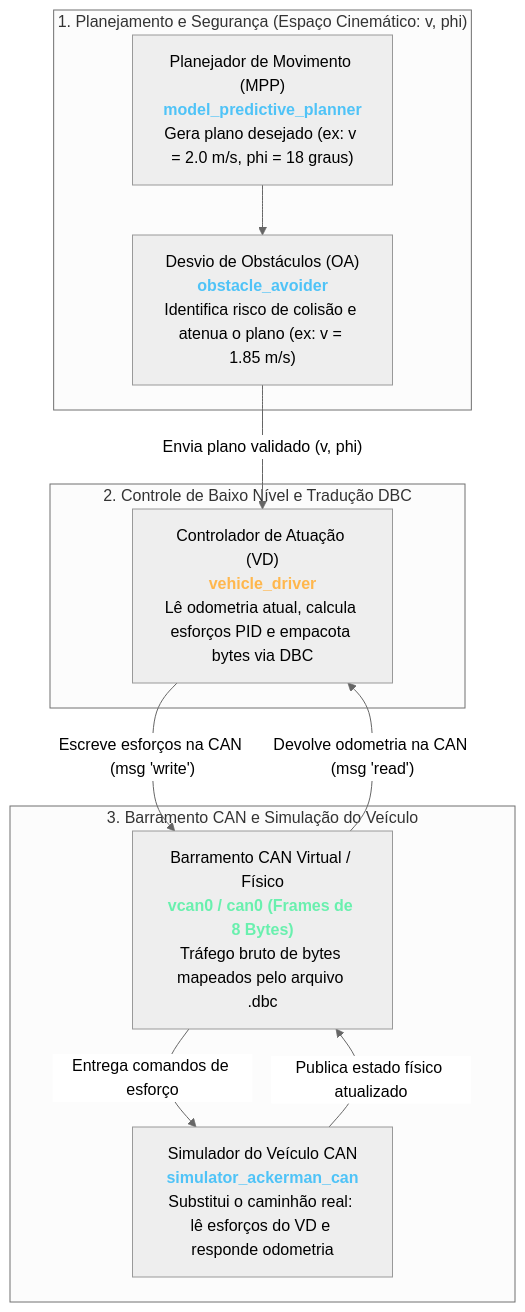
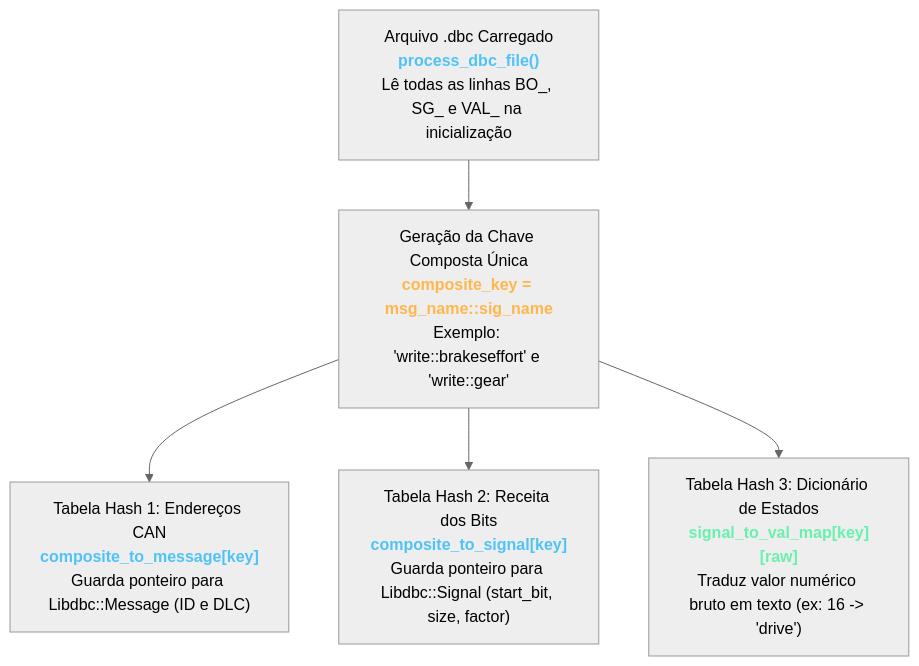
One commit to BrenoCSilva/lume changed the first of 2 diagrams in README.md. Above: the diagram before and after it, drawn with Mermaid (neutral theme). The commit also changed other lines of this file, not shown here.

````diff
--- a/README.md
+++ b/README.md
@@ -7,22 +66,10 @@
 ```mermaid
 flowchart TD
-    subgraph AltoNivel ["1. Planejamento e Segurança (Espaço Cinemático: v, phi)"]
-        MPP["Planejador de Movimento (MPP)<br/><b style='color:#4fc3f7'>model_predictive_planner</b><br/>Gera plano desejado (ex: v = 2.0 m/s, phi = 18 graus)"]
-        MPP --> OA["Desvio de Obstáculos (OA)<br/><b style='color:#4fc3f7'>obstacle_avoider</b><br/>Identifica risco de colisão e atenua o plano (ex: v = 1.85 m/s)"]
-    end
+    DBC["Arquivo .dbc Carregado<br/><b style='color:#4fc3f7'>process_dbc_file()</b><br/>Lê todas as linhas BO_, SG_ e VAL_ na inicialização"]
 
-    OA -->|"Envia plano validado (v, phi)"| VD
+    DBC --> KEY["Geração da Chave Composta Única<br/><b style='color:#ffb74d'>composite_key = msg_name::sig_name</b><br/>Exemplo: 'write::brakeseffort' e 'write::gear'"]
 
-    subgraph Controle ["2. Controle de Baixo Nível e Tradução DBC"]
-        VD["Controlador de Atuação (VD)<br/><b style='color:#ffb74d'>vehicle_driver</b><br/>Lê odometria atual, calcula esforços PID e empacota bytes via DBC"]
-    end
-
-    VD -->|"Escreve esforços na CAN (msg 'write')"| CAN_BUS
-    CAN_BUS -->|"Devolve odometria na CAN (msg 'read')"| VD
-
-    subgraph HardwareOuSim ["3. Barramento CAN e Simulação do Veículo"]
-        CAN_BUS["Barramento CAN Virtual / Físico<br/><b style='color:#69f0ae'>vcan0 / can0 (Frames de 8 Bytes)</b><br/>Tráfego bruto de bytes mapeados pelo arquivo .dbc"]
-        CAN_BUS -->|"Entrega comandos de esforço"| SIM["Simulador do Veículo CAN<br/><b style='color:#4fc3f7'>simulator_ackerman_can</b><br/>Substitui o caminhão real: lê esforços do VD e responde odometria"]
-        SIM -->|"Publica estado físico atualizado"| CAN_BUS
-    end
+    KEY --> H1["Tabela Hash 1: Endereços CAN<br/><b style='color:#4fc3f7'>composite_to_message[key]</b><br/>Guarda ponteiro para Libdbc::Message (ID e DLC)"]
+    KEY --> H2["Tabela Hash 2: Receita dos Bits<br/><b style='color:#4fc3f7'>composite_to_signal[key]</b><br/>Guarda ponteiro para Libdbc::Signal (start_bit, size, factor)"]
+    KEY --> H3["Tabela Hash 3: Dicionário de Estados<br/><b style='color:#69f0ae'>signal_to_val_map[key][raw]</b><br/>Traduz valor numérico bruto em texto (ex: 16 -> 'drive')"]
 ```
````
